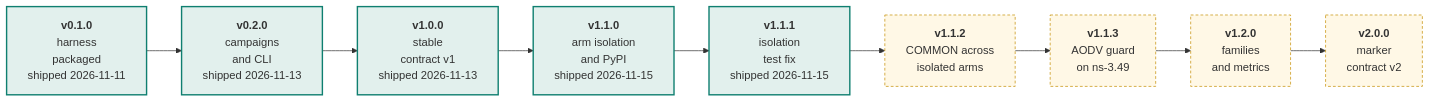
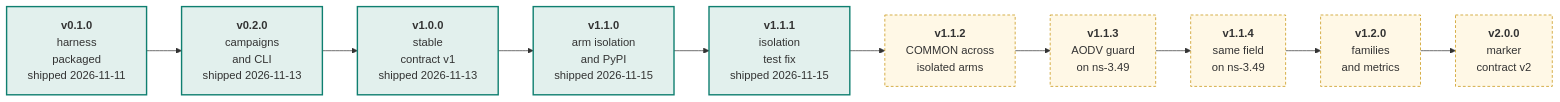
Before and after one commit to swarm-routing/sim-tools: the first of 2 diagrams in docs/roadmap.md, drawn with Mermaid. The commit also changed other lines of this file, not shown here.

First paragraph of the commit message:
docs(roadmap): add v1.1.4 (#337)
## Summary

````diff
--- a/docs/roadmap.md
+++ b/docs/roadmap.md
@@ -56,24 +56,26 @@
 ```mermaid
 flowchart LR
     V01["<b>v0.1.0</b><br/>harness<br/>packaged<br/>shipped 2026-11-11"]
     V02["<b>v0.2.0</b><br/>campaigns<br/>and CLI<br/>shipped 2026-11-13"]
     V10["<b>v1.0.0</b><br/>stable<br/>contract v1<br/>shipped 2026-11-13"]
     V11["<b>v1.1.0</b><br/>arm isolation<br/>and PyPI<br/>shipped 2026-11-15"]
     V111["<b>v1.1.1</b><br/>isolation<br/>test fix<br/>shipped 2026-11-15"]
     V112["<b>v1.1.2</b><br/>COMMON across<br/>isolated arms"]
     V113["<b>v1.1.3</b><br/>AODV guard<br/>on ns-3.49"]
+    V114["<b>v1.1.4</b><br/>same field<br/>on ns-3.49"]
     V12["<b>v1.2.0</b><br/>families<br/>and metrics"]
     V20["<b>v2.0.0</b><br/>marker<br/>contract v2"]
 
-    V01 --> V02 --> V10 --> V11 --> V111 --> V112 --> V113 --> V12 --> V20
+    V01 --> V02 --> V10 --> V11 --> V111 --> V112 --> V113 --> V114 --> V12 --> V20
 
     style V01 fill:#e2f0ed,stroke:#0f7f70,stroke-width:2px
     style V02 fill:#e2f0ed,stroke:#0f7f70,stroke-width:2px
     style V10 fill:#e2f0ed,stroke:#0f7f70,stroke-width:2px
     style V11 fill:#e2f0ed,stroke:#0f7f70,stroke-width:2px
     style V111 fill:#e2f0ed,stroke:#0f7f70,stroke-width:2px
     style V112 fill:#fff8e6,stroke:#c48f00,stroke-dasharray:4 3
     style V113 fill:#fff8e6,stroke:#c48f00,stroke-dasharray:4 3
+    style V114 fill:#fff8e6,stroke:#c48f00,stroke-dasharray:4 3
     style V12 fill:#fff8e6,stroke:#c48f00,stroke-dasharray:4 3
     style V20 fill:#fff8e6,stroke:#c48f00,stroke-dasharray:4 3
 ```
````
